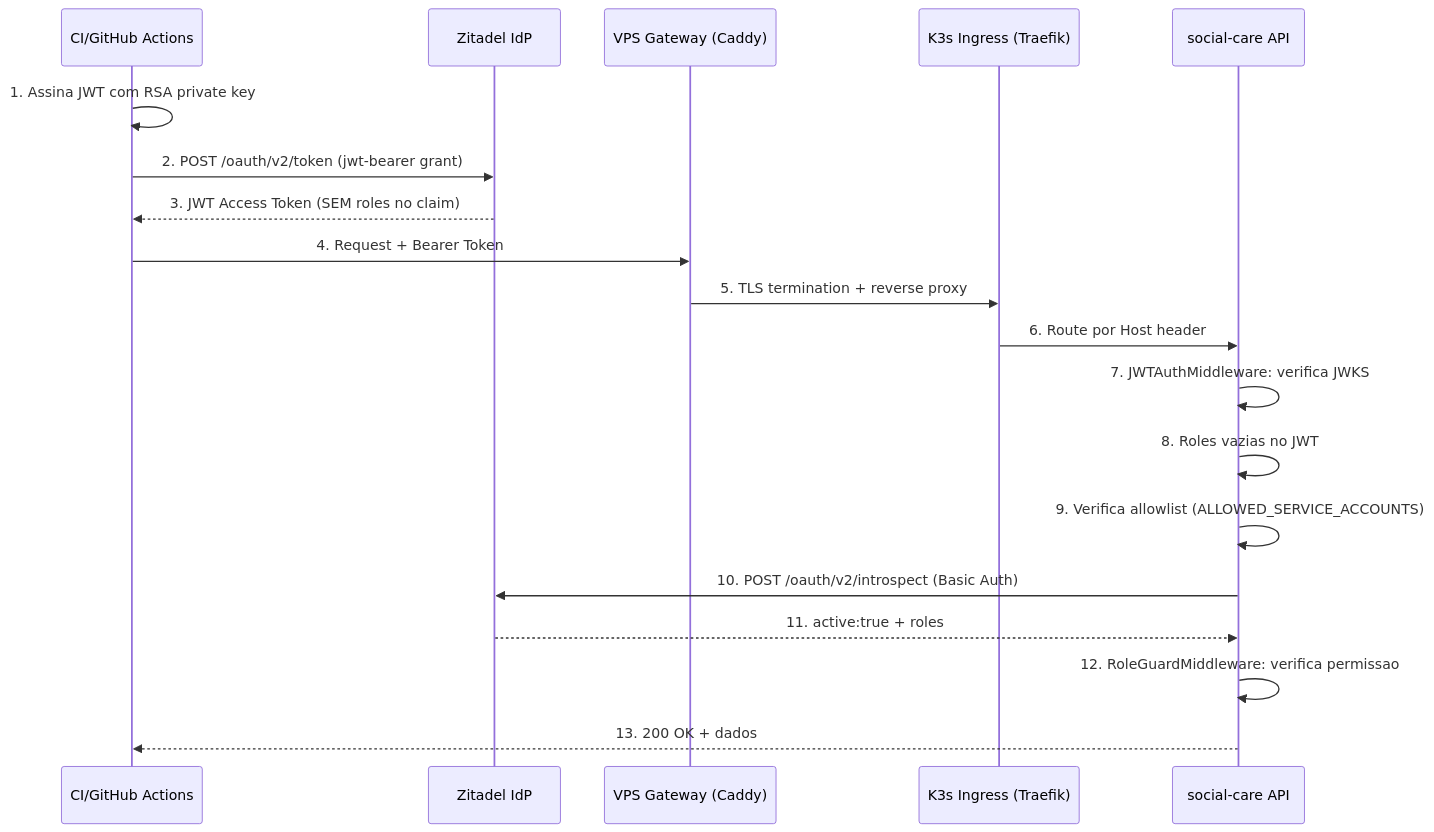
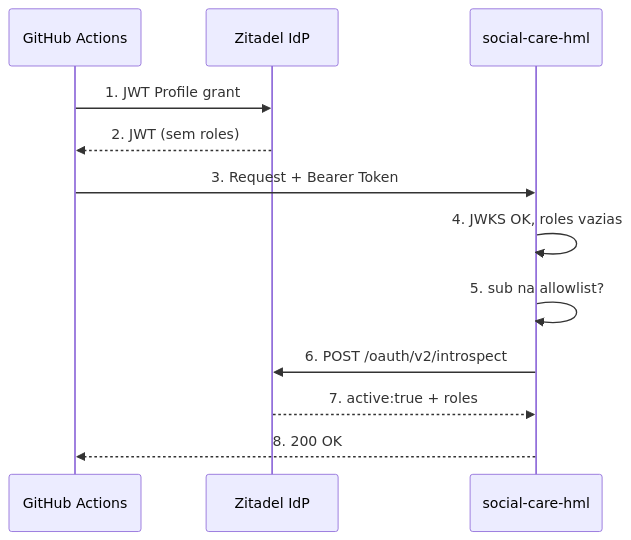
Before and after one commit to acdgbrasil/edge-cloud-infra: the second of 2 diagrams in docs/SECURITY.md, drawn with Mermaid. The commit also changed other lines of this file and 9 other files, not shown here.

First line of the commit message:
fix: bump social-care-hml to v0.6.0 + atualizar docs

````diff
--- a/docs/SECURITY.md
+++ b/docs/SECURITY.md
@@ -229,22 +126,15 @@
 ```mermaid
 sequenceDiagram
-    participant CI as CI/GitHub Actions
+    participant CI as GitHub Actions
     participant Zitadel as Zitadel IdP
-    participant Caddy as VPS Gateway (Caddy)
-    participant Traefik as K3s Ingress (Traefik)
-    participant API as social-care API
+    participant API as social-care-hml
 
-    CI->>CI: 1. Assina JWT com RSA private key
-    CI->>Zitadel: 2. POST /oauth/v2/token (jwt-bearer grant)
-    Zitadel-->>CI: 3. JWT Access Token (SEM roles no claim)
-    CI->>Caddy: 4. Request + Bearer Token
-    Caddy->>Traefik: 5. TLS termination + reverse proxy
-    Traefik->>API: 6. Route por Host header
-    API->>API: 7. JWTAuthMiddleware: verifica JWKS
-    API->>API: 8. Roles vazias no JWT
-    API->>API: 9. Verifica allowlist (ALLOWED_SERVICE_ACCOUNTS)
-    API->>Zitadel: 10. POST /oauth/v2/introspect (Basic Auth)
-    Zitadel-->>API: 11. active:true + roles
-    API->>API: 12. RoleGuardMiddleware: verifica permissao
-    API-->>CI: 13. 200 OK + dados
+    CI->>Zitadel: 1. JWT Profile grant
+    Zitadel-->>CI: 2. JWT (sem roles)
+    CI->>API: 3. Request + Bearer Token
+    API->>API: 4. JWKS OK, roles vazias
+    API->>API: 5. sub na allowlist?
+    API->>Zitadel: 6. POST /oauth/v2/introspect
+    Zitadel-->>API: 7. active:true + roles
+    API-->>CI: 8. 200 OK
 ```
````
